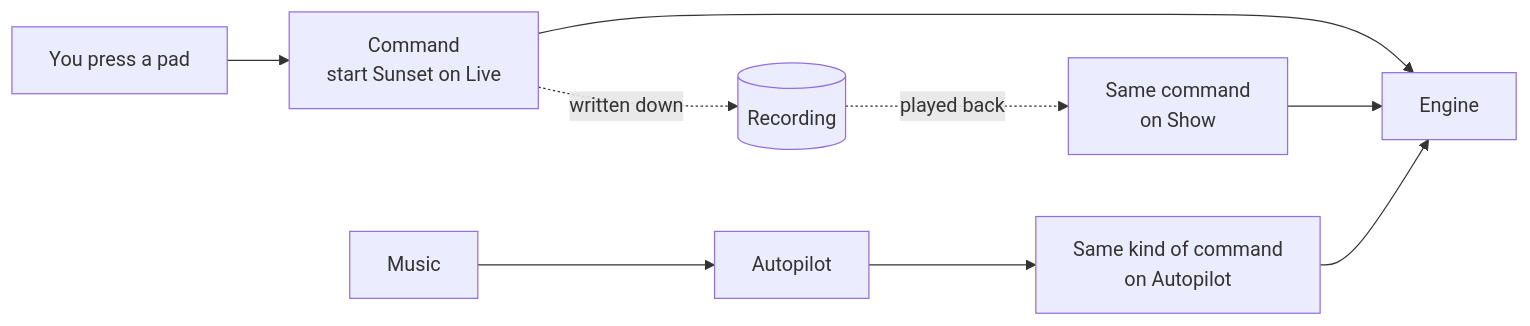
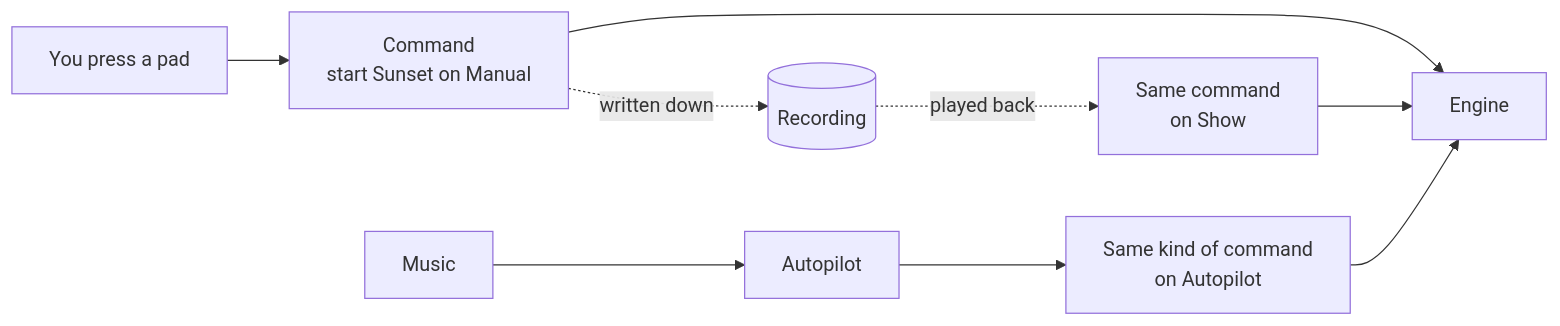
The seventh of 13 diagrams in docs/design/theory.md (abossard/bossylights), drawn with Mermaid before and after one commit. The commit also changed other lines of this file and 6 other files, not shown here.

Commit message:
docs: one LIVE switch, no preview mode; home screen is Console, top layer is Manual

````diff
--- a/docs/design/theory.md
+++ b/docs/design/theory.md
@@ -132,9 +132,9 @@
 ```mermaid
 flowchart LR
-  P["You press a pad"] --> CMD["Command<br/>start Sunset on Live"]
+  P["You press a pad"] --> CMD["Command<br/>start Sunset on Manual"]
   CMD --> ENG["Engine"]
   CMD -. "written down" .-> REC[("Recording")]
   REC -. "played back" .-> CMD2["Same command<br/>on Show"]
   CMD2 --> ENG
   MUS["Music"] --> AP["Autopilot"] --> CMD3["Same kind of command<br/>on Autopilot"] --> ENG
 ```
````
